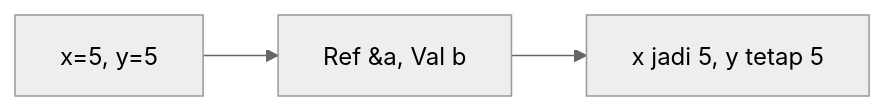
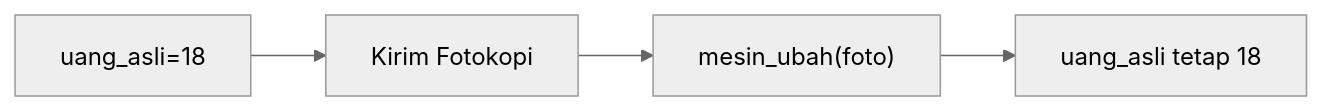
Before and after one commit to amnahwaida/OSNK_INF_PREP: the first of 25 diagrams in part-c-pemahaman-cpp/04-fungsi/latihan/set-09.md, drawn with Mermaid (neutral theme). The commit also changed other lines of this file and 71 other files, not shown here.

````diff
--- a/part-c-pemahaman-cpp/04-fungsi/latihan/set-09.md
+++ b/part-c-pemahaman-cpp/04-fungsi/latihan/set-09.md
@@ -21,5 +21,6 @@
 ```mermaid
 graph LR
-A["x=5, y=5"] --> B["Ref &a, Val b"]
-B --> C["x jadi 5, y tetap 5"]
+A["uang_asli=18"] --> B["Kirim Fotokopi"]
+B --> C["mesin_ubah(foto)"]
+C --> D["uang_asli tetap 18"]
 ```
````
